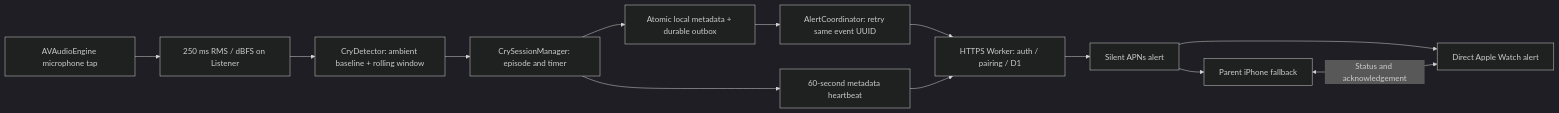
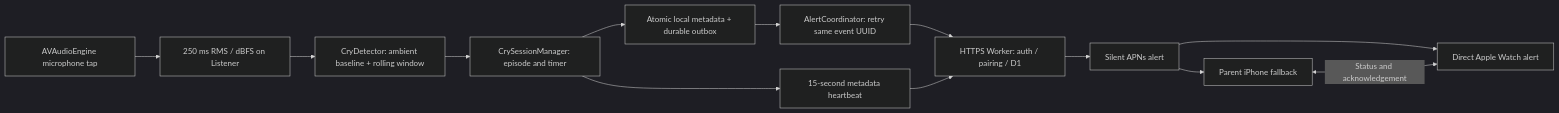
The diagram in README.md (jerenrich/crib-service), drawn with Mermaid (dark theme) before and after one commit. The commit also changed other lines of this file and 3 other files, not shown here.

````diff
--- a/README.md
+++ b/README.md
@@ -13,15 +13,15 @@
 ```mermaid
 flowchart LR
     Mic[AVAudioEngine microphone tap] --> RMS[250 ms RMS / dBFS on Listener]
     RMS --> Detector[CryDetector: ambient baseline + rolling window]
     Detector --> Session[CrySessionManager: episode and timer]
     Session --> Store[Atomic local metadata + durable outbox]
     Store --> Coordinator[AlertCoordinator: retry same event UUID]
     Coordinator --> Worker[HTTPS Worker: auth / pairing / D1]
     Worker --> APNs[Silent APNs alert]
     APNs --> Parent[Parent iPhone fallback]
     APNs --> Watch[Direct Apple Watch alert]
     Parent <-->|Status and acknowledgement| Watch
-    Session --> Heartbeat[60-second metadata heartbeat]
+    Session --> Heartbeat[15-second metadata heartbeat]
     Heartbeat --> Worker
 ```
````
